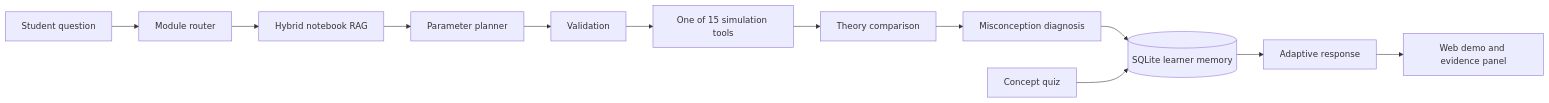
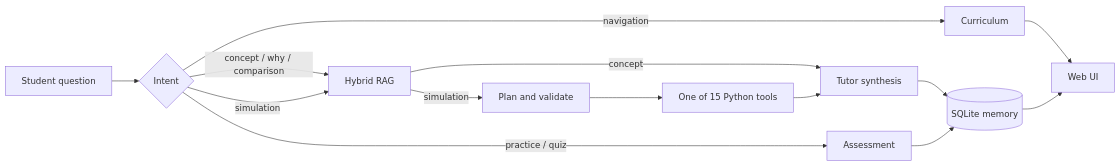
The diagram in docs/ARCHITECTURE.md (JW35711/ai-tutor-for-stochastic-processes), drawn with Mermaid before and after one commit. The commit also changed other lines of this file and 45 other files, not shown here.

````diff
--- a/docs/ARCHITECTURE.md
+++ b/docs/ARCHITECTURE.md
@@ -14,14 +16,16 @@
 ```mermaid
 flowchart LR
-    Q[Student question] --> C[Module router]
-    C --> R[Hybrid notebook RAG]
-    R --> P[Parameter planner]
-    P --> V[Validation]
-    V --> T[One of 15 simulation tools]
-    T --> X[Theory comparison]
-    X --> D[Misconception diagnosis]
-    D --> M[(SQLite learner memory)]
-    M --> A[Adaptive response]
-    A --> UI[Web demo and evidence panel]
-    Z[Concept quiz] --> M
+    Q[Student question] --> I{Intent}
+    I -->|navigation| C[Curriculum]
+    I -->|concept / why / comparison| R[Hybrid RAG]
+    I -->|simulation| R
+    R -->|concept| A[Tutor synthesis]
+    R -->|simulation| P[Plan and validate]
+    P --> T[One of 15 Python tools]
+    T --> A
+    I -->|practice / quiz| X[Assessment]
+    A --> M[(SQLite memory)]
+    X --> M
+    C --> UI[Web UI]
+    M --> UI
 ```
````
